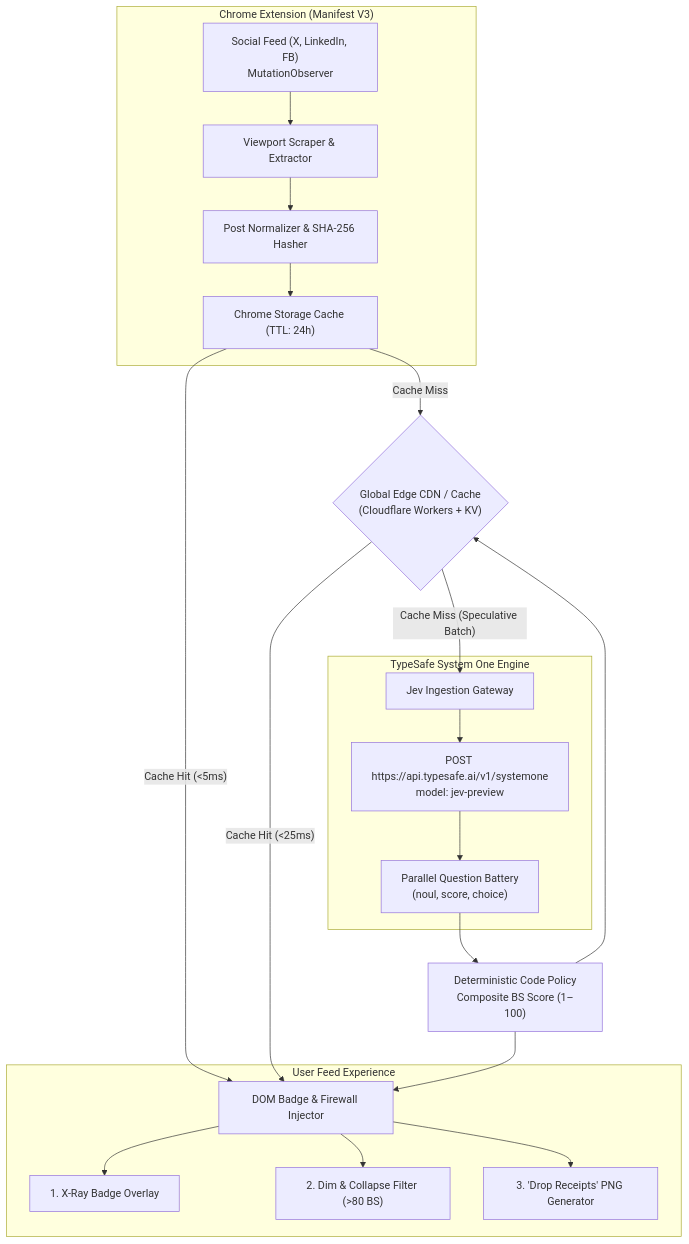
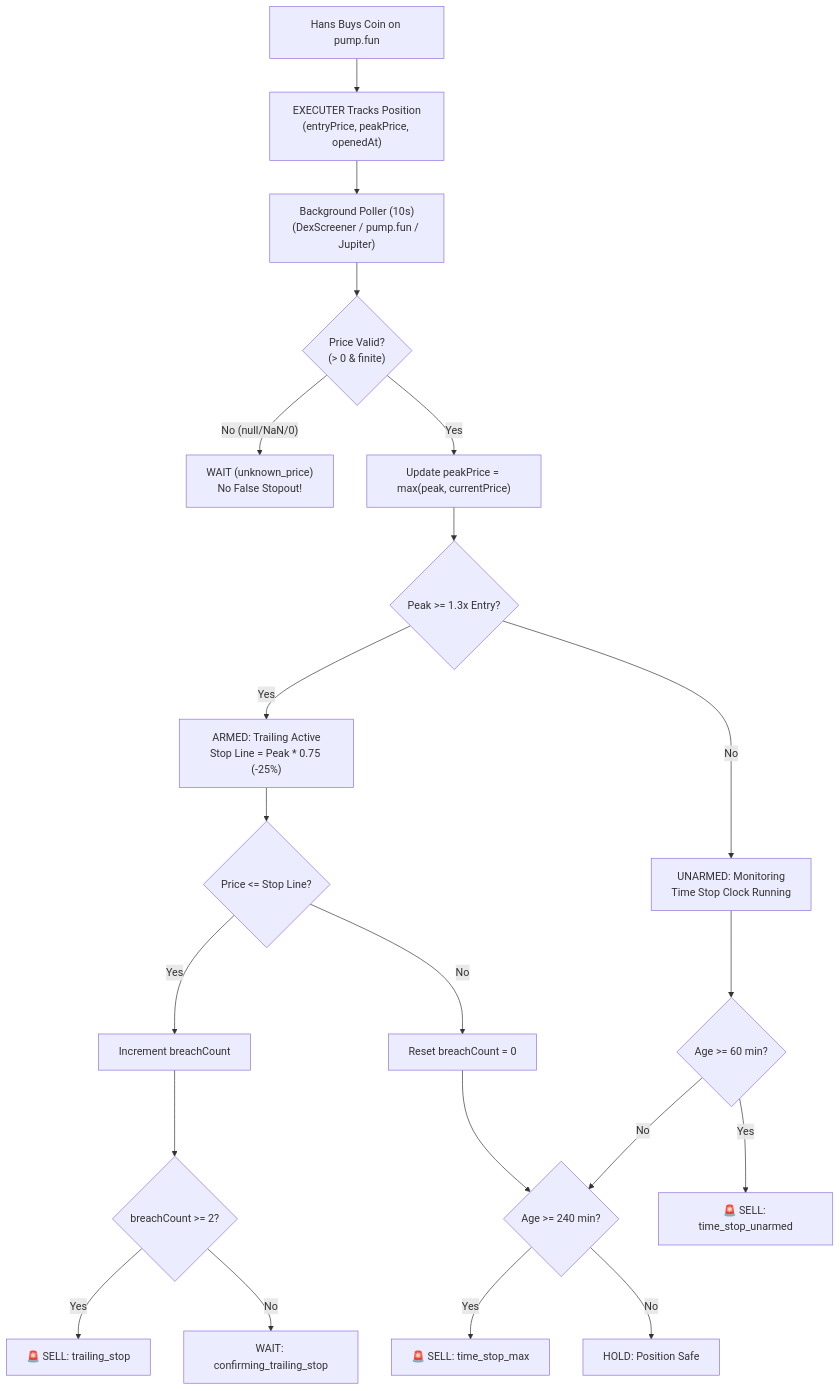
Before and after one commit to TrivelaAS/Jevchrome: the diagram in README.md, drawn with Mermaid. The commit also changed other lines of this file and 12 other files, not shown here.

Commit message:
feat(executer): build ultra-mvp chrome extension for pump.fun with combo 2+4 exit engine

````diff
--- a/README.md
+++ b/README.md
@@ -37,29 +28,30 @@
 ```mermaid
 flowchart TD
-    subgraph Browser["Chrome Extension (Manifest V3)"]
-        DOM["Social Feed (X, LinkedIn, FB)<br/>MutationObserver"] --> Scraper["Viewport Scraper & Extractor"]
-        Scraper --> Hasher["Post Normalizer & SHA-256 Hasher"]
-        Hasher --> LocalStore["Chrome Storage Cache (TTL: 24h)"]
-    end
-
-    LocalStore -- "Cache Miss" --> EdgeRouter{"Global Edge CDN / Cache<br/>(Cloudflare Workers + KV)"}
-    LocalStore -- "Cache Hit (<5ms)" --> OverlayEngine["DOM Badge & Firewall Injector"]
+    Buy["Hans Buys Coin on pump.fun"] --> Track["EXECUTER Tracks Position<br/>(entryPrice, peakPrice, openedAt)"]
+    Track --> Poll["Background Poller (10s)<br/>(DexScreener / pump.fun / Jupiter)"]
     
-    EdgeRouter -- "Cache Hit (<25ms)" --> OverlayEngine
-    EdgeRouter -- "Cache Miss (Speculative Batch)" --> JevGateway["Jev Ingestion Gateway"]
-
-    subgraph JevEngine["TypeSafe System One Engine"]
-        JevGateway --> JevAPI["POST https://api.typesafe.ai/v1/systemone<br/>model: jev-preview"]
-        JevAPI --> Battery["Parallel Question Battery<br/>(noul, score, choice)"]
-    end
-
-    Battery --> Aggregator["Deterministic Code Policy<br/>Composite BS Score (1–100)"]
-    Aggregator --> EdgeRouter
-    Aggregator --> OverlayEngine
-
-    subgraph UserAction["User Feed Experience"]
-        OverlayEngine --> XRay["1. X-Ray Badge Overlay"]
-        OverlayEngine --> DimFilter["2. Dim & Collapse Filter (>80 BS)"]
-        OverlayEngine --> Receipts["3. 'Drop Receipts' PNG Generator"]
-    end
+    Poll --> DQ{"Price Valid?<br/>(> 0 & finite)"}
+    DQ -- "No (null/NaN/0)" --> Wait["WAIT (unknown_price)<br/>No False Stopout!"]
+    
+    DQ -- "Yes" --> PeakCheck["Update peakPrice = max(peak, currentPrice)"]
+    PeakCheck --> ArmCheck{"Peak >= 1.3x Entry?"}
+    
+    ArmCheck -- "Yes" --> ArmedState["ARMED: Trailing Active<br/>Stop Line = Peak * 0.75 (-25%)"]
+    ArmCheck -- "No" --> UnarmedState["UNARMED: Monitoring<br/>Time Stop Clock Running"]
+    
+    ArmedState --> TrailCheck{"Price <= Stop Line?"}
+    TrailCheck -- "Yes" --> Breach["Increment breachCount"]
+    Breach --> Confirm{"breachCount >= 2?"}
+    Confirm -- "Yes" --> SellTrail["🚨 SELL: trailing_stop"]
+    Confirm -- "No" --> WaitConfirm["WAIT: confirming_trailing_stop"]
+    
+    TrailCheck -- "No" --> ResetBreach["Reset breachCount = 0"]
+    ResetBreach --> MaxHoldCheck{"Age >= 240 min?"}
+    
+    UnarmedState --> UnarmedTimer{"Age >= 60 min?"}
+    UnarmedTimer -- "Yes" --> SellUnarmed["🚨 SELL: time_stop_unarmed"]
+    UnarmedTimer -- "No" --> MaxHoldCheck
+    
+    MaxHoldCheck -- "Yes" --> SellMax["🚨 SELL: time_stop_max"]
+    MaxHoldCheck -- "No" --> Hold["HOLD: Position Safe"]
 ```
````
